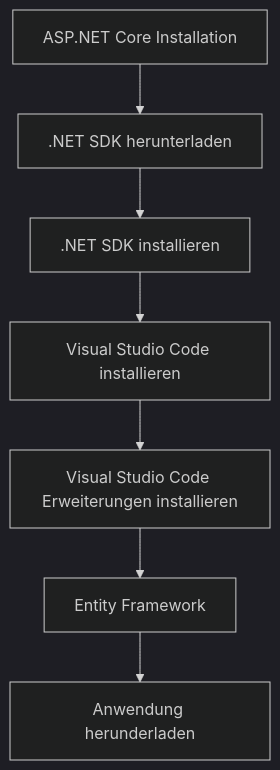
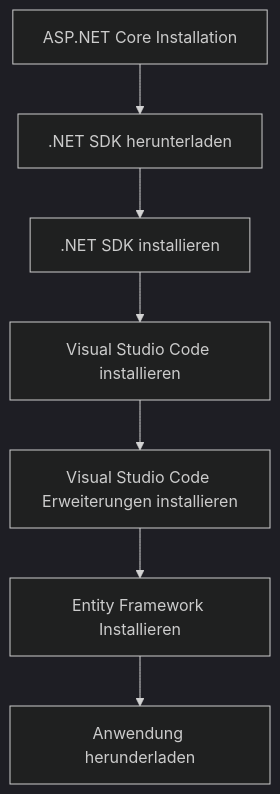
One commit to thorstenkloehn/aspnetcoremvc changed the diagram in docs/docs/index.md. Above: the diagram before and after it, drawn with Mermaid (dark theme). The commit also changed other lines of this file, not shown here.

Commit message:
Aktualisiere Dokumentation: Ändere "Entity Framework" zu "Entity Framework Installieren" und füge Installationsanweisungen hinzu

````diff
--- a/docs/docs/index.md
+++ b/docs/docs/index.md
@@ -4,10 +4,10 @@
 ```mermaid
 graph TD
     A[ASP.NET Core Installation] --> B[.NET SDK herunterladen]
     B --> C[.NET SDK installieren]
     C --> D[Visual Studio Code installieren]
     D --> E[Visual Studio Code Erweiterungen installieren]
-    E --> F[Entity Framework]
+    E --> F[Entity Framework Installieren]
     F --> G[Anwendung herunderladen]
 
 ```
````
